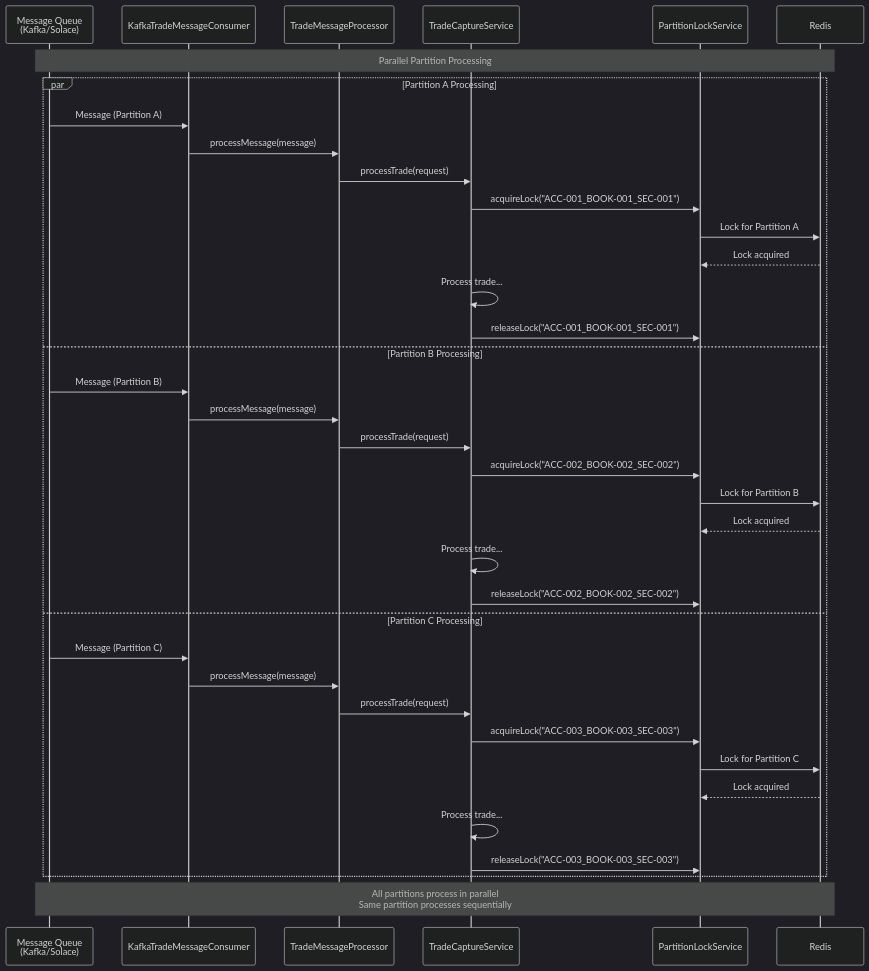
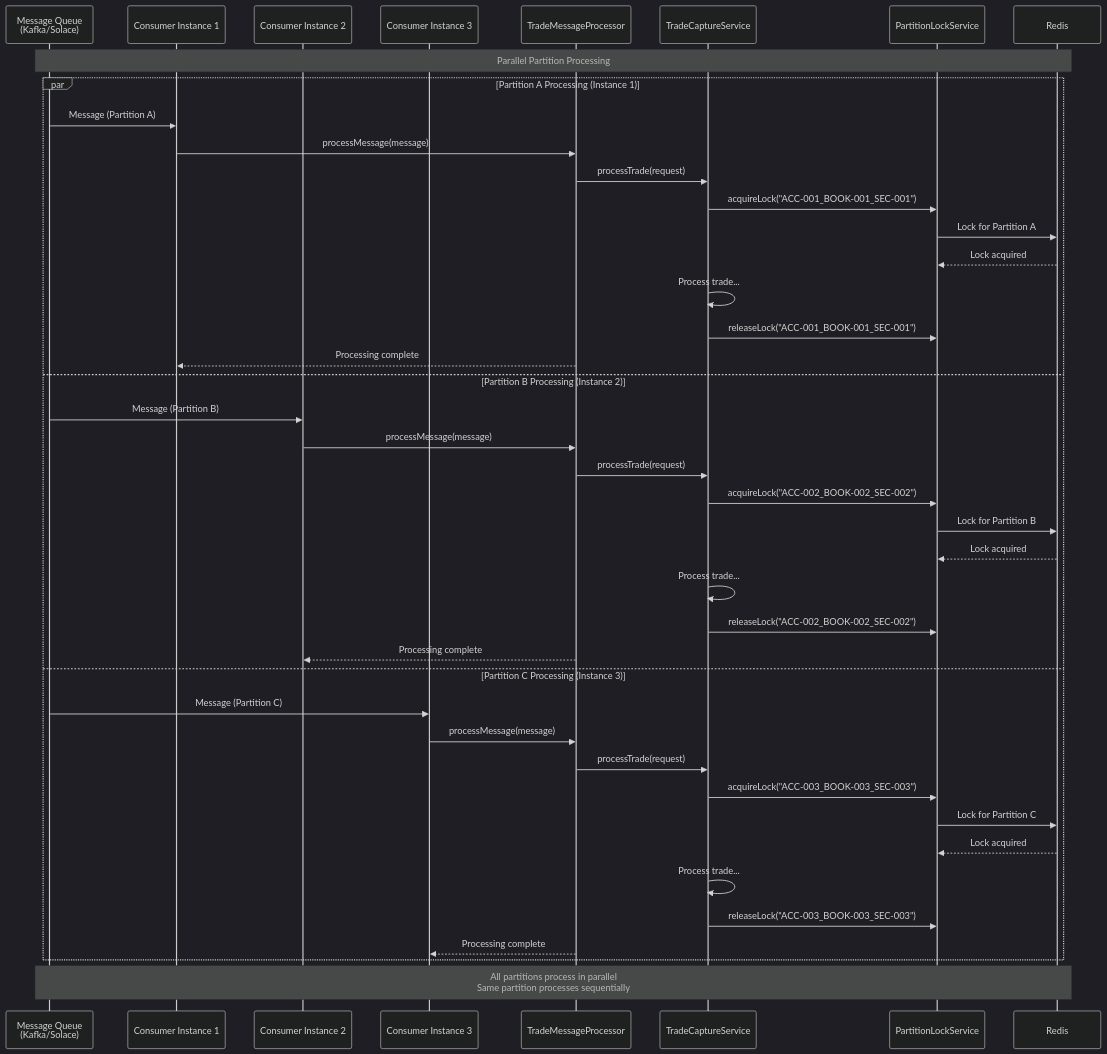
The fourth of 6 diagrams in docs/trade-capture-sequence-diagram.md (srviswan/pb-synth-tradecapture-svc), drawn with Mermaid (dark theme) before and after one commit. The commit also changed other lines of this file and 1 other file, not shown here.

First line of the commit message:
Add callback URL usage guide and regenerate sequence diagrams

````diff
--- a/docs/trade-capture-sequence-diagram.md
+++ b/docs/trade-capture-sequence-diagram.md
@@ -226,42 +413,47 @@
 ```mermaid
 sequenceDiagram
     participant MQ as Message Queue<br/>(Kafka/Solace)
-    participant Consumer as KafkaTradeMessageConsumer
+    participant Consumer1 as Consumer Instance 1
+    participant Consumer2 as Consumer Instance 2
+    participant Consumer3 as Consumer Instance 3
     participant TMP as TradeMessageProcessor
     participant TCS as TradeCaptureService
     participant PLS as PartitionLockService
     participant Redis
 
     Note over MQ,Redis: Parallel Partition Processing
 
-    par Partition A Processing
-        MQ->>Consumer: Message (Partition A)
-        Consumer->>TMP: processMessage(message)
+    par Partition A Processing (Instance 1)
+        MQ->>Consumer1: Message (Partition A)
+        Consumer1->>TMP: processMessage(message)
         TMP->>TCS: processTrade(request)
         TCS->>PLS: acquireLock("ACC-001_BOOK-001_SEC-001")
         PLS->>Redis: Lock for Partition A
         Redis-->>PLS: Lock acquired
         TCS->>TCS: Process trade...
         TCS->>PLS: releaseLock("ACC-001_BOOK-001_SEC-001")
-    and Partition B Processing
-        MQ->>Consumer: Message (Partition B)
-        Consumer->>TMP: processMessage(message)
+        TMP-->>Consumer1: Processing complete
+    and Partition B Processing (Instance 2)
+        MQ->>Consumer2: Message (Partition B)
+        Consumer2->>TMP: processMessage(message)
         TMP->>TCS: processTrade(request)
         TCS->>PLS: acquireLock("ACC-002_BOOK-002_SEC-002")
         PLS->>Redis: Lock for Partition B
         Redis-->>PLS: Lock acquired
         TCS->>TCS: Process trade...
         TCS->>PLS: releaseLock("ACC-002_BOOK-002_SEC-002")
-    and Partition C Processing
-        MQ->>Consumer: Message (Partition C)
-        Consumer->>TMP: processMessage(message)
+        TMP-->>Consumer2: Processing complete
+    and Partition C Processing (Instance 3)
+        MQ->>Consumer3: Message (Partition C)
+        Consumer3->>TMP: processMessage(message)
         TMP->>TCS: processTrade(request)
         TCS->>PLS: acquireLock("ACC-003_BOOK-003_SEC-003")
         PLS->>Redis: Lock for Partition C
         Redis-->>PLS: Lock acquired
         TCS->>TCS: Process trade...
         TCS->>PLS: releaseLock("ACC-003_BOOK-003_SEC-003")
+        TMP-->>Consumer3: Processing complete
     end
     
     Note over MQ,Redis: All partitions process in parallel<br/>Same partition processes sequentially
 ```
````
